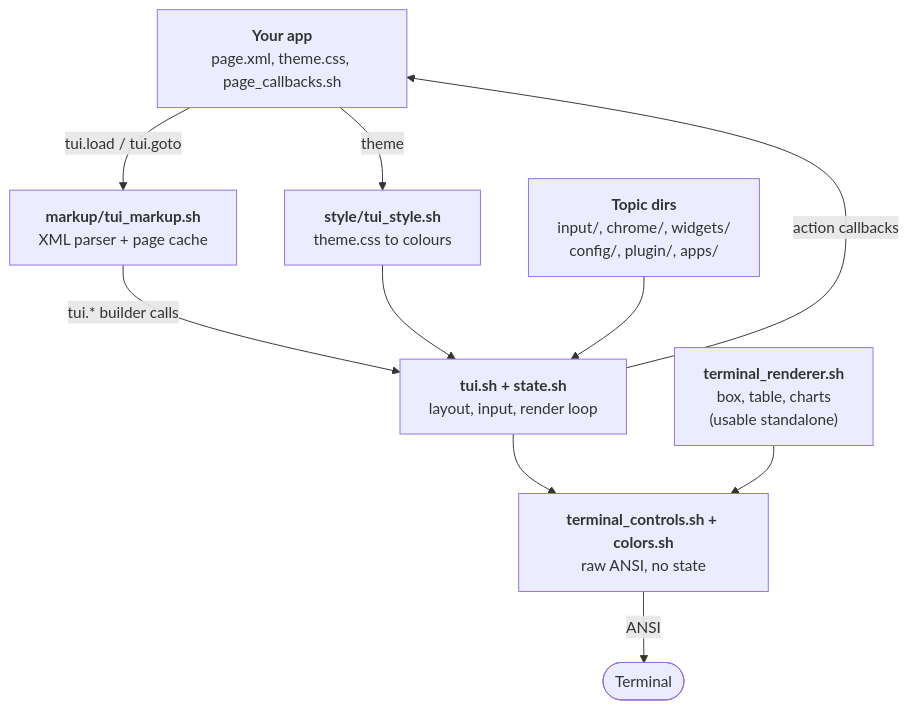
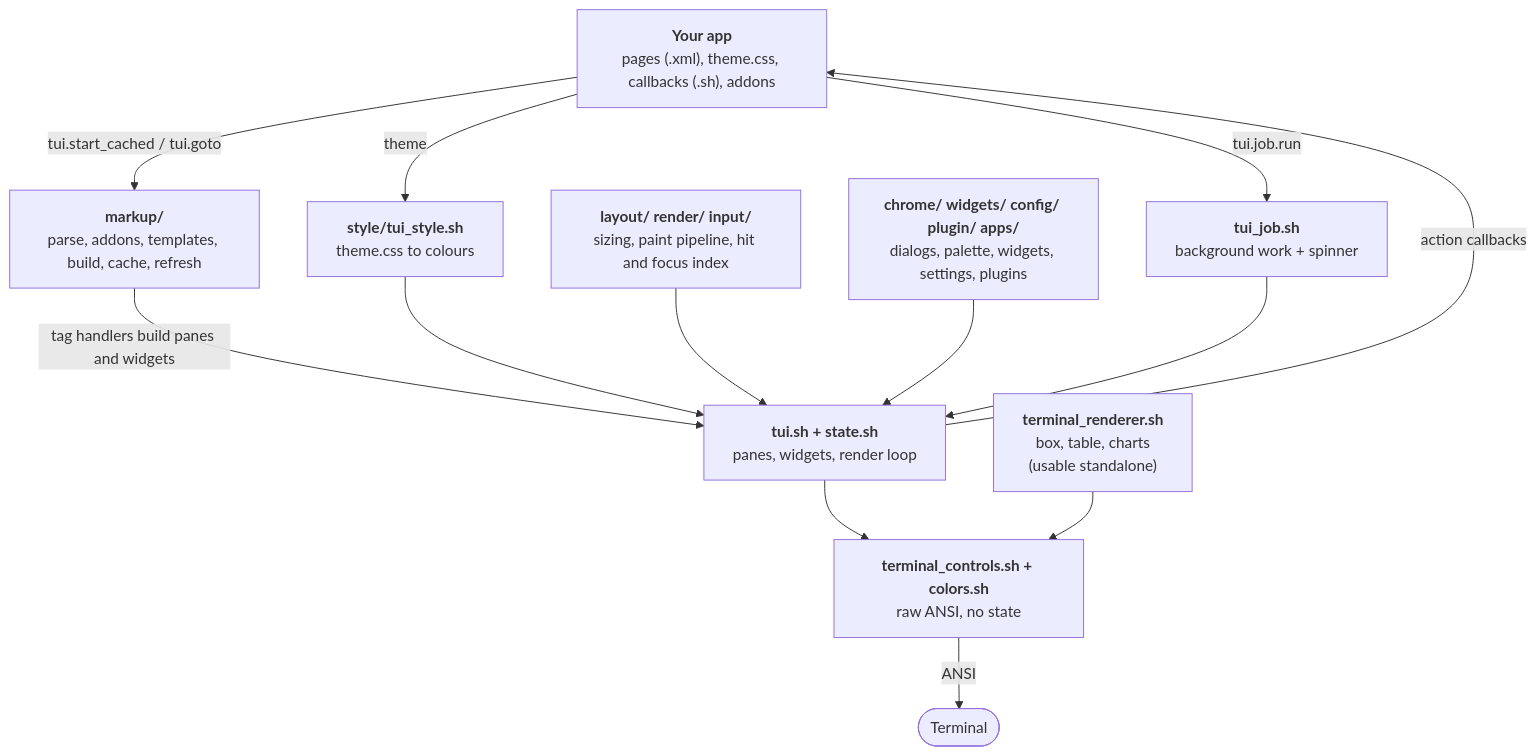
One commit to DinosaursAreCute/DinosAmazingBashTui changed the diagram in docs/README.md. Above: the diagram before and after it, drawn with Mermaid. The commit also changed other lines of this file and 119 other files, not shown here.

Commit message:
Feat: Page- Templates, Addons and navigation time improvments

````diff
--- a/docs/README.md
+++ b/docs/README.md
@@ -61,21 +62,26 @@
 ```mermaid
 flowchart TB
-  app["<b>Your app</b><br/>page.xml, theme.css, page_callbacks.sh"]
-  markup["<b>markup/tui_markup.sh</b><br/>XML parser + page cache"]
+  app["<b>Your app</b><br/>pages (.xml), theme.css, callbacks (.sh), addons"]
+  markup["<b>markup/</b><br/>parse, addons, templates, build, cache, refresh"]
   styl["<b>style/tui_style.sh</b><br/>theme.css to colours"]
-  core["<b>tui.sh + state.sh</b><br/>layout, input, render loop"]
-  helpers["<b>Topic dirs</b><br/>input/, chrome/, widgets/<br/>config/, plugin/, apps/"]
+  core["<b>tui.sh + state.sh</b><br/>panes, widgets, render loop"]
+  topic["<b>layout/ render/ input/</b><br/>sizing, paint pipeline, hit and focus index"]
+  helpers["<b>chrome/ widgets/ config/ plugin/ apps/</b><br/>dialogs, palette, widgets, settings, plugins"]
+  job["<b>tui_job.sh</b><br/>background work + spinner"]
   rend["<b>terminal_renderer.sh</b><br/>box, table, charts<br/>(usable standalone)"]
   ctl["<b>terminal_controls.sh + colors.sh</b><br/>raw ANSI, no state"]
   tty(["Terminal"])
 
-  app -->|"tui.load / tui.goto"| markup
+  app -->|"tui.start_cached / tui.goto"| markup
   app -->|"theme"| styl
-  markup -->|"tui.* builder calls"| core
+  app -->|"tui.job.run"| job
+  markup -->|"tag handlers build panes and widgets"| core
   styl --> core
+  topic --> core
   helpers --> core
+  job --> core
   core -->|"action callbacks"| app
   core --> ctl
   rend --> ctl
   ctl -->|"ANSI"| tty
 ```
````
